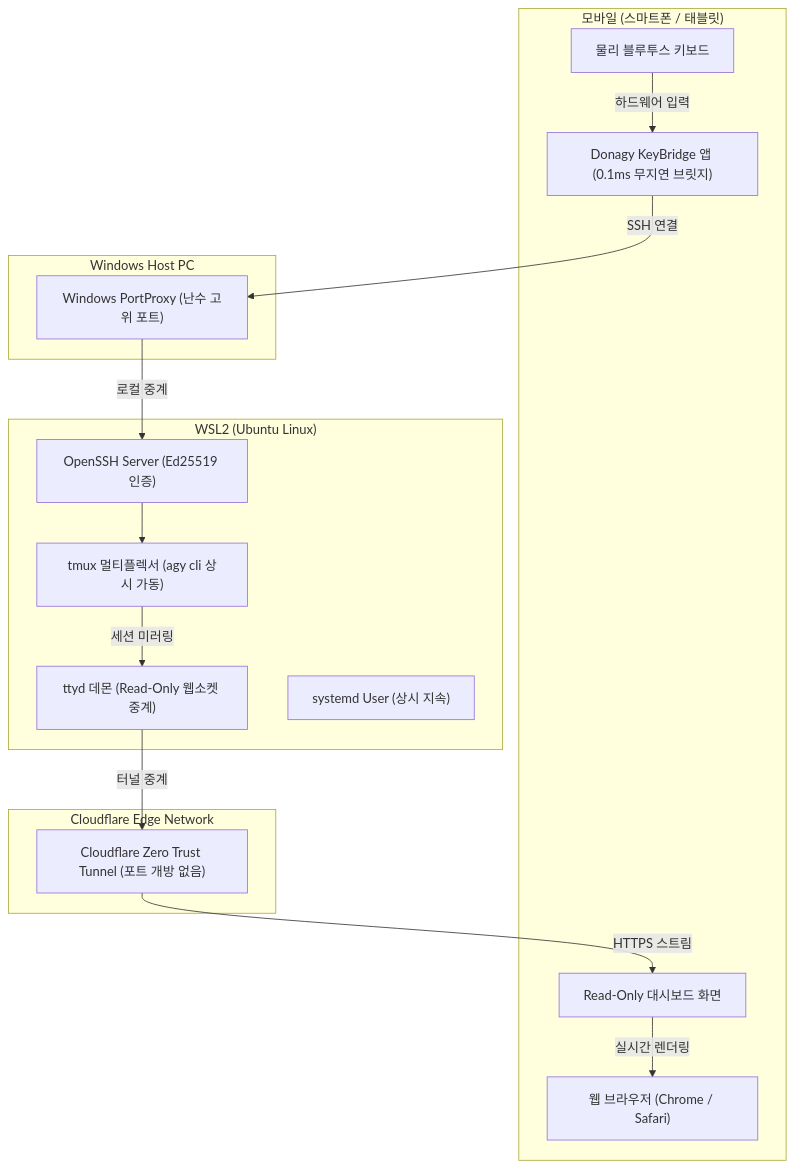
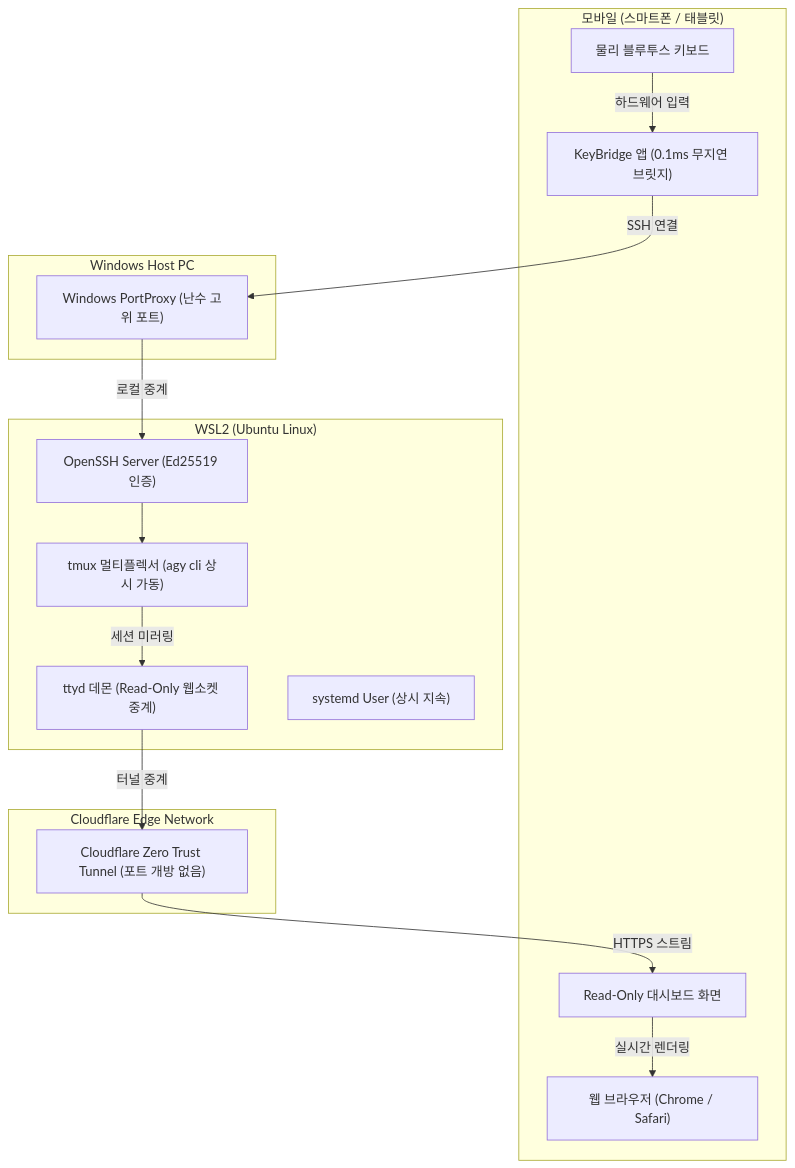
One commit to slalglel3/wsl-agy-setup-wizard changed the diagram in README.md. Above: the diagram before and after it, drawn with Mermaid. The commit also changed other lines of this file and 7 other files, not shown here.

````diff
--- a/README.md
+++ b/README.md
@@ -16,33 +16,33 @@
 ```mermaid
 flowchart TD
     subgraph MobileDevice["모바일 (스마트폰 / 태블릿)"]
         PhysKB["물리 블루투스 키보드"]
-        KeyBridge["Donagy KeyBridge 앱 (0.1ms 무지연 브릿지)"]
+        KeyBridge["KeyBridge 앱 (0.1ms 무지연 브릿지)"]
         Browser["웹 브라우저 (Chrome / Safari)"]
         WebScreen["Read-Only 대시보드 화면"]
         PhysKB -->|"하드웨어 입력"| KeyBridge
         WebScreen -->|"실시간 렌더링"| Browser
     end
 
     subgraph Cloudflare["Cloudflare Edge Network"]
         Tunnel["Cloudflare Zero Trust Tunnel (포트 개방 없음)"]
     end
 
     subgraph HostPC["Windows Host PC"]
         PortProxy["Windows PortProxy (난수 고위 포트)"]
     end
 
     subgraph WSL2["WSL2 (Ubuntu Linux)"]
         SSH["OpenSSH Server (Ed25519 인증)"]
         Tmux["tmux 멀티플렉서 (agy cli 상시 가동)"]
         TTYD["ttyd 데몬 (Read-Only 웹소켓 중계)"]
         Systemd["systemd User (상시 지속)"]
     end
 
     KeyBridge -->|"SSH 연결"| PortProxy
     PortProxy -->|"로컬 중계"| SSH
     SSH --> Tmux
     Tmux -->|"세션 미러링"| TTYD
     TTYD -->|"터널 중계"| Tunnel
     Tunnel -->|"HTTPS 스트림"| WebScreen
 ```
````
